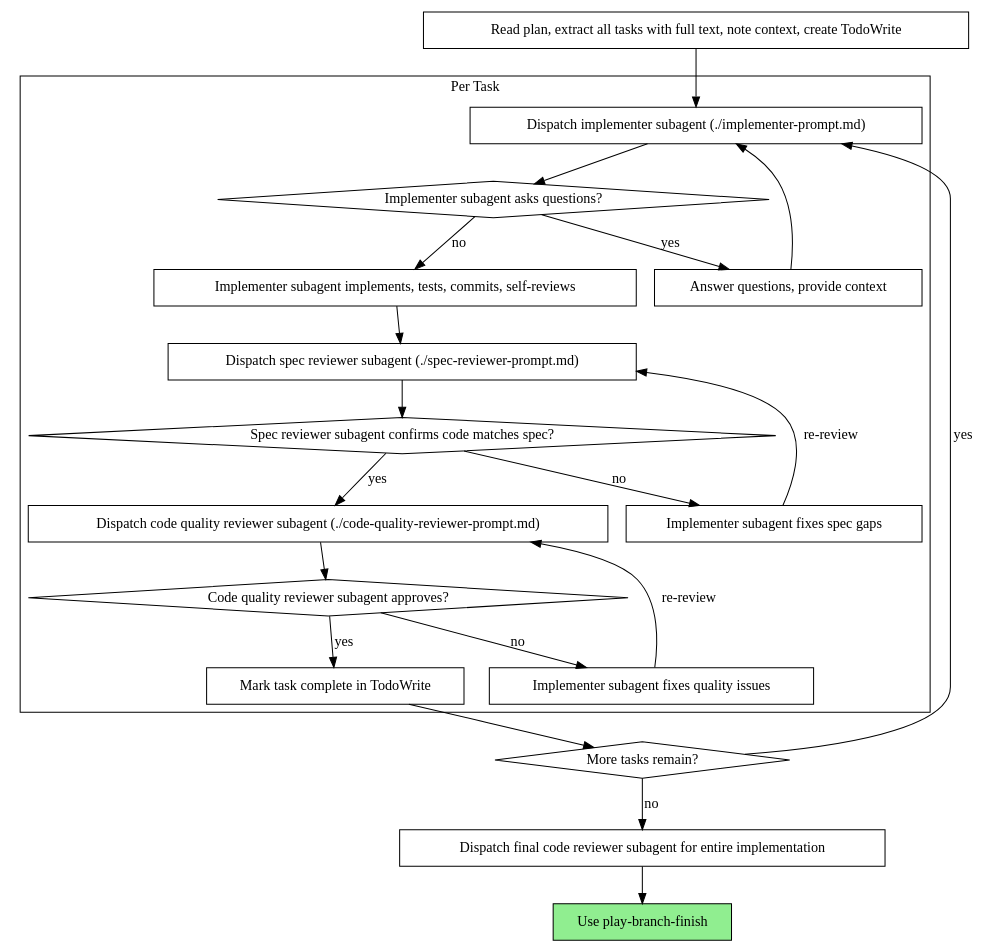
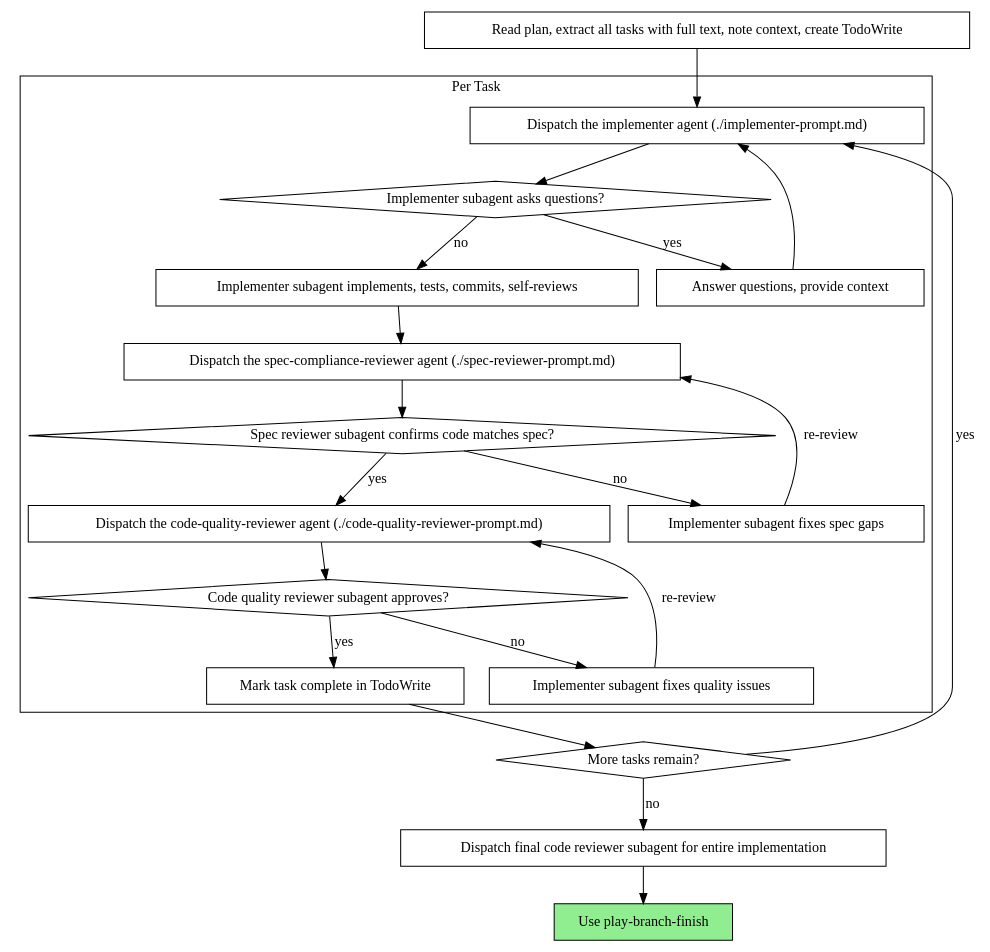
One commit to ryumiel/devcanon changed the second of 2 diagrams in skills/play-subagent-execution/SKILL.md. Above: the diagram before and after it, drawn with Graphviz. The commit also changed other lines of this file, not shown here.

Commit message:
docs(skills): reference formal agent names in subagent-execution

````diff
--- a/skills/play-subagent-execution/SKILL.md
+++ b/skills/play-subagent-execution/SKILL.md
@@ -43,44 +43,44 @@
 ```dot
 digraph process {
     rankdir=TB;
 
     subgraph cluster_per_task {
         label="Per Task";
-        "Dispatch implementer subagent (./implementer-prompt.md)" [shape=box];
+        "Dispatch the implementer agent (./implementer-prompt.md)" [shape=box];
         "Implementer subagent asks questions?" [shape=diamond];
         "Answer questions, provide context" [shape=box];
         "Implementer subagent implements, tests, commits, self-reviews" [shape=box];
-        "Dispatch spec reviewer subagent (./spec-reviewer-prompt.md)" [shape=box];
+        "Dispatch the spec-compliance-reviewer agent (./spec-reviewer-prompt.md)" [shape=box];
         "Spec reviewer subagent confirms code matches spec?" [shape=diamond];
         "Implementer subagent fixes spec gaps" [shape=box];
-        "Dispatch code quality reviewer subagent (./code-quality-reviewer-prompt.md)" [shape=box];
+        "Dispatch the code-quality-reviewer agent (./code-quality-reviewer-prompt.md)" [shape=box];
         "Code quality reviewer subagent approves?" [shape=diamond];
         "Implementer subagent fixes quality issues" [shape=box];
         "Mark task complete in TodoWrite" [shape=box];
     }
 
     "Read plan, extract all tasks with full text, note context, create TodoWrite" [shape=box];
     "More tasks remain?" [shape=diamond];
     "Dispatch final code reviewer subagent for entire implementation" [shape=box];
     "Use play-branch-finish" [shape=box style=filled fillcolor=lightgreen];
 
-    "Read plan, extract all tasks with full text, note context, create TodoWrite" -> "Dispatch implementer subagent (./implementer-prompt.md)";
-    "Dispatch implementer subagent (./implementer-prompt.md)" -> "Implementer subagent asks questions?";
+    "Read plan, extract all tasks with full text, note context, create TodoWrite" -> "Dispatch the implementer agent (./implementer-prompt.md)";
+    "Dispatch the implementer agent (./implementer-prompt.md)" -> "Implementer subagent asks questions?";
     "Implementer subagent asks questions?" -> "Answer questions, provide context" [label="yes"];
-    "Answer questions, provide context" -> "Dispatch implementer subagent (./implementer-prompt.md)";
+    "Answer questions, provide context" -> "Dispatch the implementer agent (./implementer-prompt.md)";
     "Implementer subagent asks questions?" -> "Implementer subagent implements, tests, commits, self-reviews" [label="no"];
-    "Implementer subagent implements, tests, commits, self-reviews" -> "Dispatch spec reviewer subagent (./spec-reviewer-prompt.md)";
-    "Dispatch spec reviewer subagent (./spec-reviewer-prompt.md)" -> "Spec reviewer subagent confirms code matches spec?";
+    "Implementer subagent implements, tests, commits, self-reviews" -> "Dispatch the spec-compliance-reviewer agent (./spec-reviewer-prompt.md)";
+    "Dispatch the spec-compliance-reviewer agent (./spec-reviewer-prompt.md)" -> "Spec reviewer subagent confirms code matches spec?";
     "Spec reviewer subagent confirms code matches spec?" -> "Implementer subagent fixes spec gaps" [label="no"];
-    "Implementer subagent fixes spec gaps" -> "Dispatch spec reviewer subagent (./spec-reviewer-prompt.md)" [label="re-review"];
-    "Spec reviewer subagent confirms code matches spec?" -> "Dispatch code quality reviewer subagent (./code-quality-reviewer-prompt.md)" [label="yes"];
-    "Dispatch code quality reviewer subagent (./code-quality-reviewer-prompt.md)" -> "Code quality reviewer subagent approves?";
+    "Implementer subagent fixes spec gaps" -> "Dispatch the spec-compliance-reviewer agent (./spec-reviewer-prompt.md)" [label="re-review"];
+    "Spec reviewer subagent confirms code matches spec?" -> "Dispatch the code-quality-reviewer agent (./code-quality-reviewer-prompt.md)" [label="yes"];
+    "Dispatch the code-quality-reviewer agent (./code-quality-reviewer-prompt.md)" -> "Code quality reviewer subagent approves?";
     "Code quality reviewer subagent approves?" -> "Implementer subagent fixes quality issues" [label="no"];
-    "Implementer subagent fixes quality issues" -> "Dispatch code quality reviewer subagent (./code-quality-reviewer-prompt.md)" [label="re-review"];
+    "Implementer subagent fixes quality issues" -> "Dispatch the code-quality-reviewer agent (./code-quality-reviewer-prompt.md)" [label="re-review"];
     "Code quality reviewer subagent approves?" -> "Mark task complete in TodoWrite" [label="yes"];
     "Mark task complete in TodoWrite" -> "More tasks remain?";
-    "More tasks remain?" -> "Dispatch implementer subagent (./implementer-prompt.md)" [label="yes"];
+    "More tasks remain?" -> "Dispatch the implementer agent (./implementer-prompt.md)" [label="yes"];
     "More tasks remain?" -> "Dispatch final code reviewer subagent for entire implementation" [label="no"];
     "Dispatch final code reviewer subagent for entire implementation" -> "Use play-branch-finish";
 }
 ```
````
